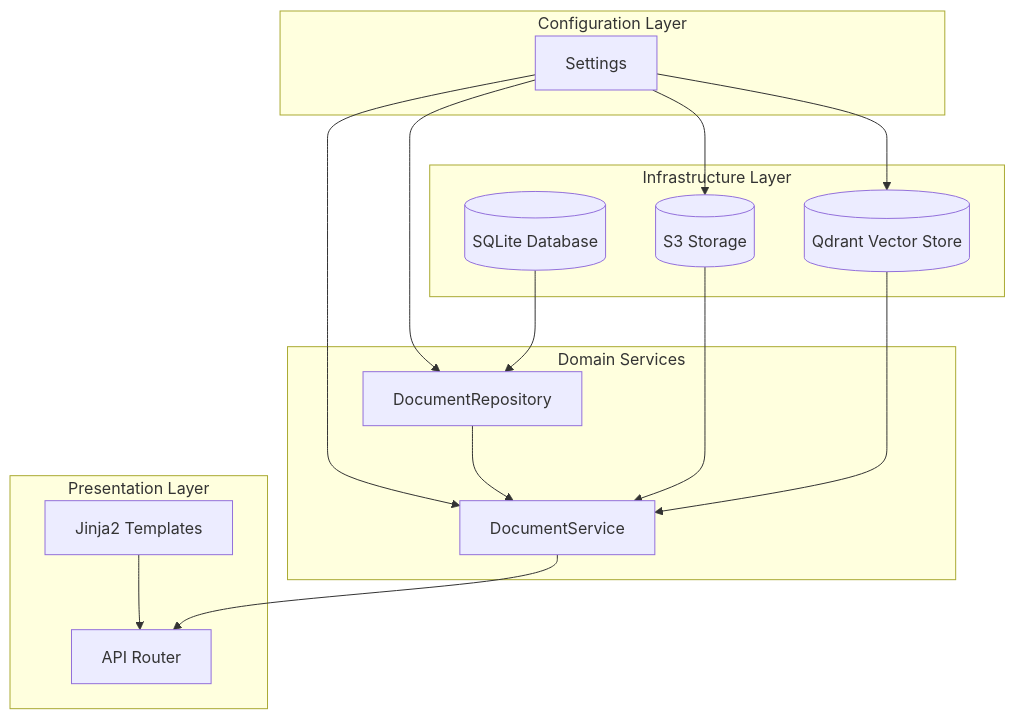
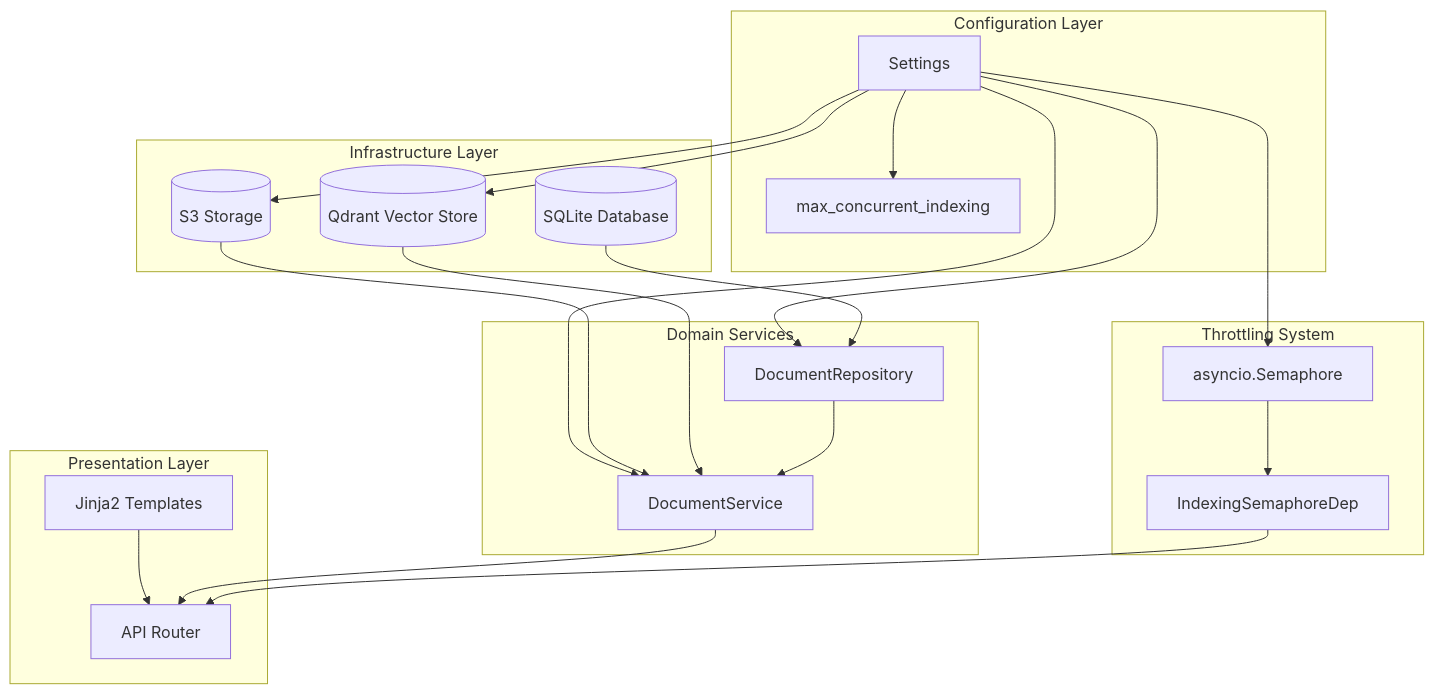
Before and after one commit to ognelis/cafetera_hr_bot: the seventh of 8 diagrams in .qoder/repowiki/en/content/API Reference/Dependency Injection System.md, drawn with Mermaid. The commit also changed other lines of this file and 7 other files, not shown here.

````diff
--- a/.qoder/repowiki/en/content/API Reference/Dependency Injection System.md
+++ b/.qoder/repowiki/en/content/API Reference/Dependency Injection System.md
@@ -321,29 +371,37 @@
 ```mermaid
 graph TB
 subgraph "Configuration Layer"
 Settings[Settings]
+Settings --> MaxConcurrentIndexing[max_concurrent_indexing]
 end
 subgraph "Infrastructure Layer"
 DB[(SQLite Database)]
 S3[(S3 Storage)]
 Qdrant[(Qdrant Vector Store)]
 end
 subgraph "Domain Services"
 Repo[DocumentRepository]
 Service[DocumentService]
 end
 subgraph "Presentation Layer"
 Router[API Router]
 Templates[Jinja2 Templates]
 end
+subgraph "Throttling System"
+Semaphore[asyncio.Semaphore]
+IndexingSemaphoreDep[IndexingSemaphoreDep]
+end
 Settings --> Service
 Settings --> Repo
 Settings --> S3
 Settings --> Qdrant
+Settings --> Semaphore
 DB --> Repo
 S3 --> Service
 Qdrant --> Service
 Repo --> Service
 Templates --> Router
 Service --> Router
+Semaphore --> IndexingSemaphoreDep
+IndexingSemaphoreDep --> Router
 ```
````
